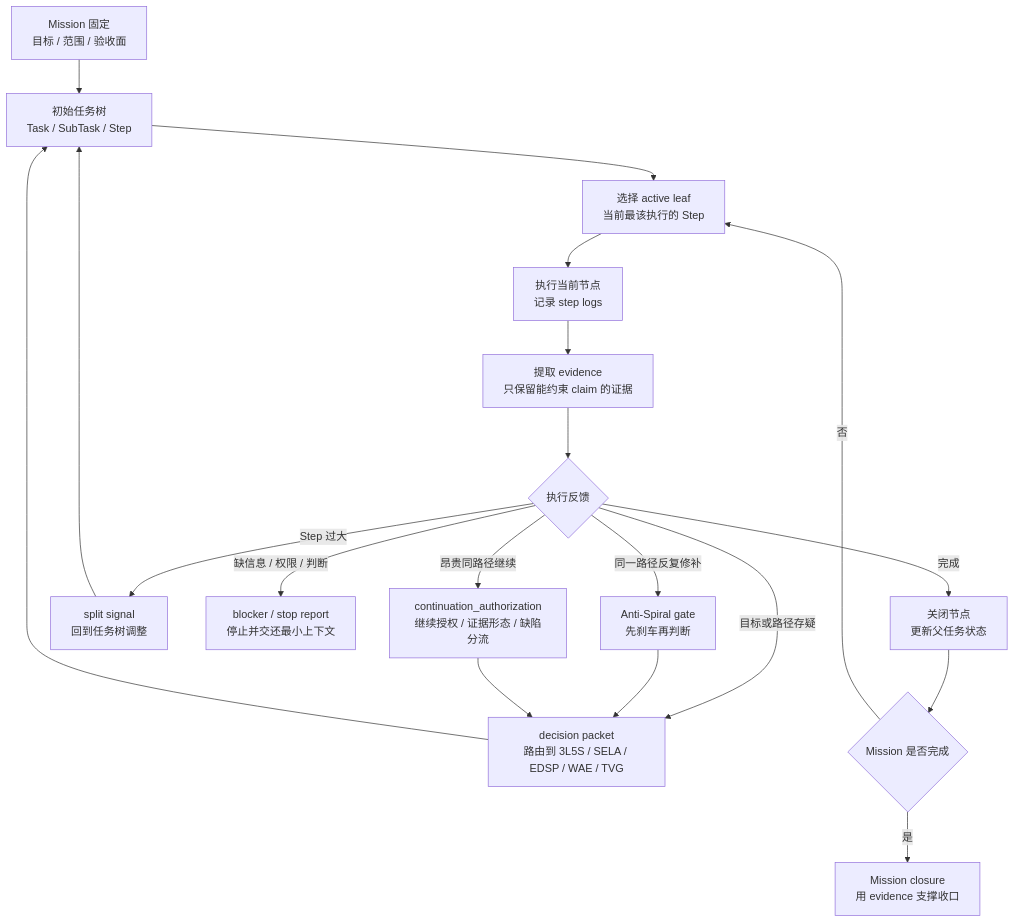
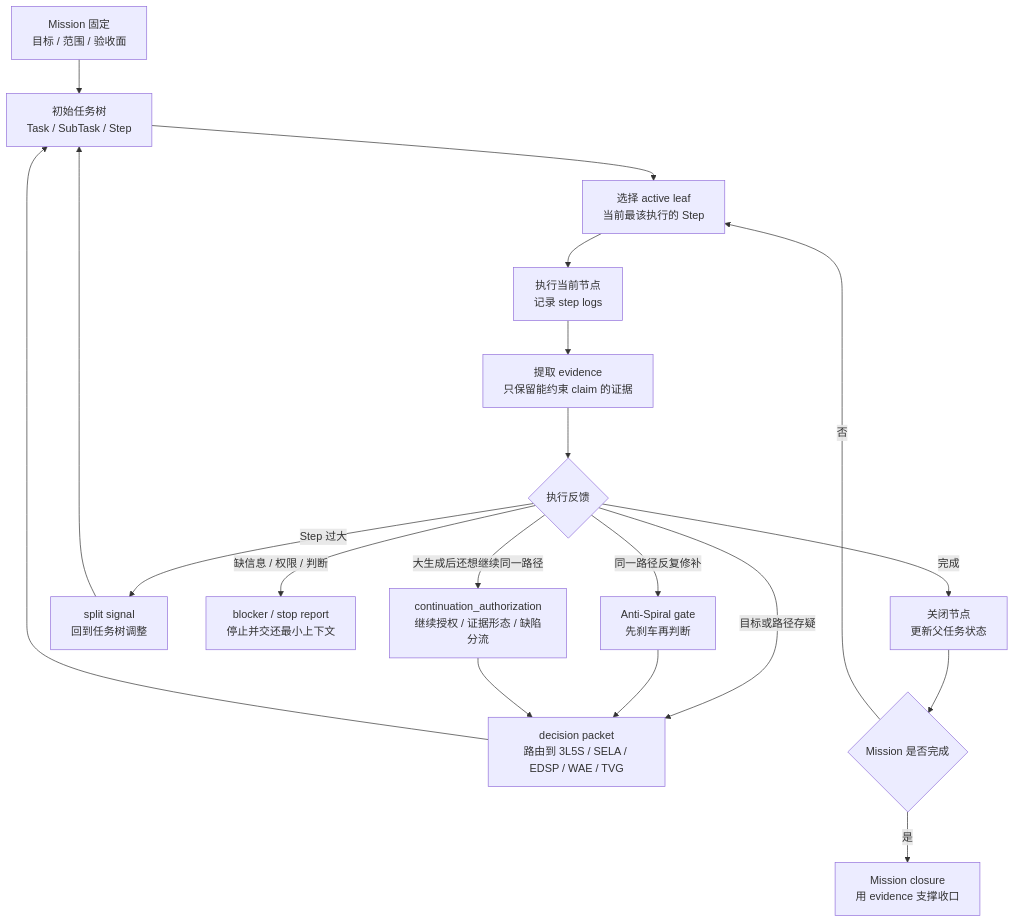
One commit to rv198-star/Mindthus changed the diagram in docs/methodologies/tplan.md. Above: the diagram before and after it, drawn with Mermaid. The commit also changed other lines of this file and 2 other files, not shown here.

````diff
--- a/docs/methodologies/tplan.md
+++ b/docs/methodologies/tplan.md
@@ -137,23 +137,23 @@
 ```mermaid
 flowchart TD
   A["Mission 固定<br/>目标 / 范围 / 验收面"] --> B["初始任务树<br/>Task / SubTask / Step"]
   B --> C["选择 active leaf<br/>当前最该执行的 Step"]
   C --> D["执行当前节点<br/>记录 step logs"]
   D --> E["提取 evidence<br/>只保留能约束 claim 的证据"]
 
   E --> F{"执行反馈"}
   F -->|"完成"| G["关闭节点<br/>更新父任务状态"]
   F -->|"Step 过大"| H["split signal<br/>回到任务树调整"]
   F -->|"缺信息 / 权限 / 判断"| I["blocker / stop report<br/>停止并交还最小上下文"]
   F -->|"目标或路径存疑"| J["decision packet<br/>路由到 3L5S / SELA / EDSP / WAE / TVG"]
   F -->|"同一路径反复修补"| K["Anti-Spiral gate<br/>先刹车再判断"]
-  F -->|"昂贵同路径继续"| N["continuation_authorization<br/>继续授权 / 证据形态 / 缺陷分流"]
+  F -->|"大生成后还想继续同一路径"| N["continuation_authorization<br/>继续授权 / 证据形态 / 缺陷分流"]
 
   H --> B
   J --> B
   K --> J
   N --> J
   G --> L{"Mission 是否完成"}
   L -->|"否"| C
   L -->|"是"| M["Mission closure<br/>用 evidence 支撑收口"]
 ```
````
